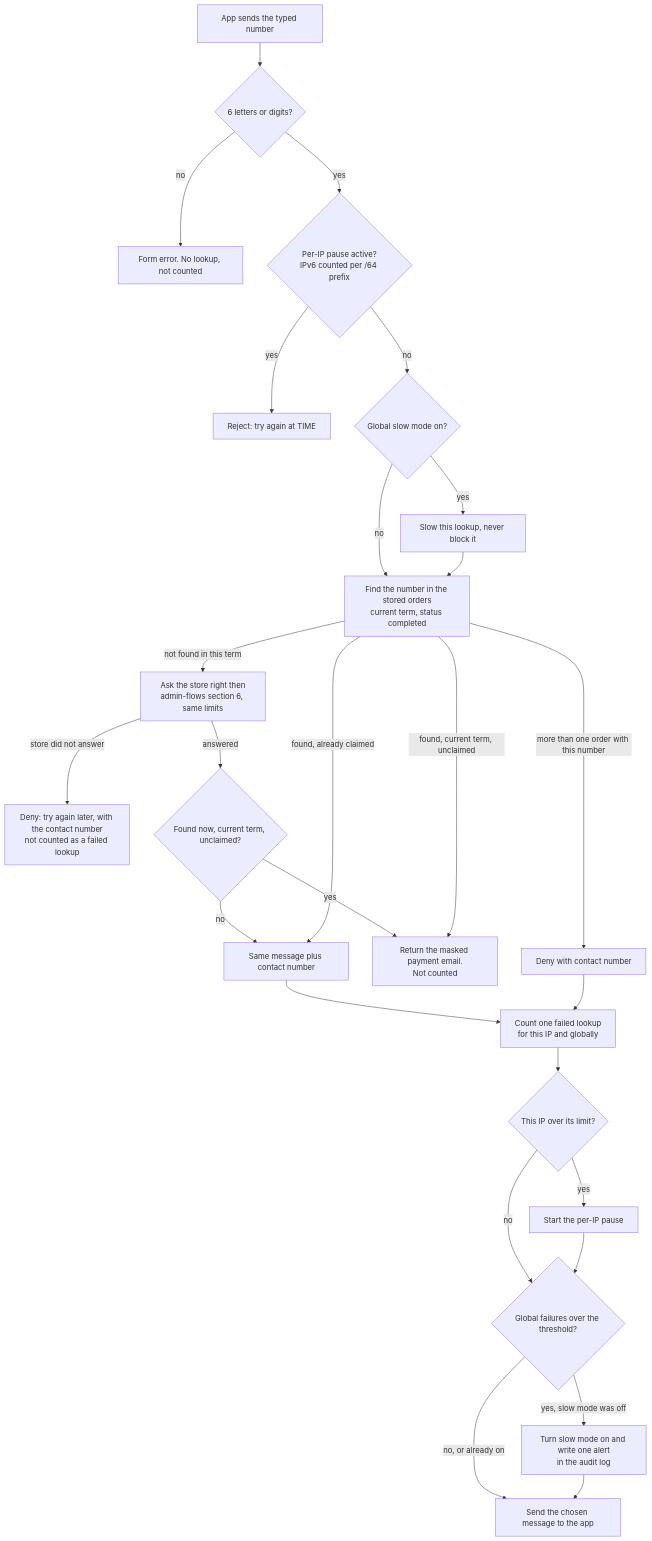
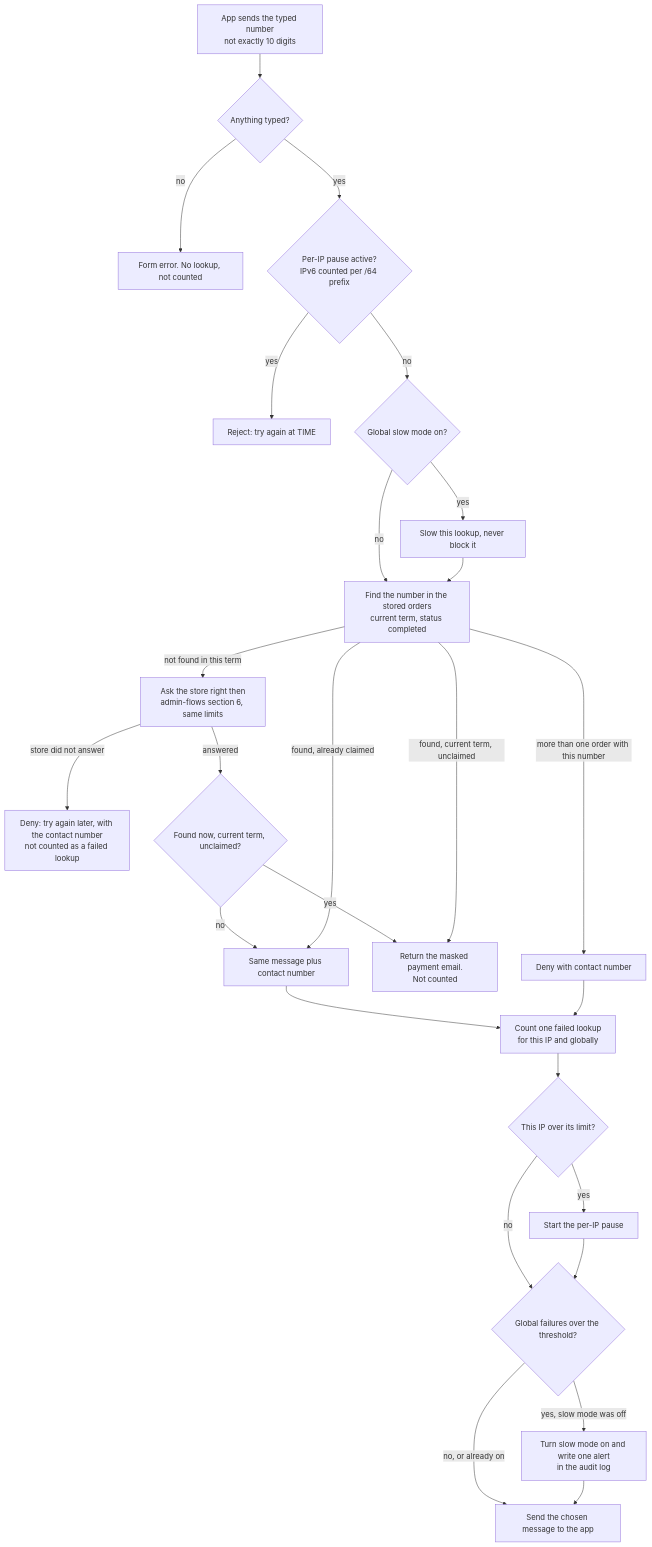
One commit to Th3-Minorities/natatorio-gym-app changed the second of 8 diagrams in docs/design/registration-flows.md. Above: the diagram before and after it, drawn with Mermaid. The commit also changed other lines of this file and 11 other files, not shown here.

Commit message:
Record E-153: one registration field where exactly 10 digits is a student number, and add the decision and issue rules to CLAUDE.md, so registration docs, factory data and team rules match

````diff
--- a/docs/design/registration-flows.md
+++ b/docs/design/registration-flows.md
@@ -55,28 +57,28 @@
 ```mermaid
 flowchart TD
-  IN["App sends the typed number"] --> FMT{"6 letters or digits?"}
+  IN["App sends the typed number<br/>not exactly 10 digits"] --> FMT{"Anything typed?"}
   FMT -->|"no"| X0["Form error. No lookup, not counted"]
   FMT -->|"yes"| IPP{"Per-IP pause active?<br/>IPv6 counted per /64 prefix"}
   IPP -->|"yes"| X1["Reject: try again at TIME"]
   IPP -->|"no"| SLOW{"Global slow mode on?"}
   SLOW -->|"yes"| WAIT["Slow this lookup, never block it"]
   SLOW -->|"no"| Q
   WAIT --> Q["Find the number in the stored orders<br/>current term, status completed"]
   Q -->|"not found in this term"| ASK["Ask the store right then<br/>admin-flows section 6, same limits"]
   ASK -->|"store did not answer"| SD["Deny: try again later, with the contact number<br/>not counted as a failed lookup"]
   ASK -->|"answered"| Q2{"Found now, current term, unclaimed?"}
   Q2 -->|"no"| FAIL["Same message plus contact number"]
   Q2 -->|"yes"| GOOD["Return the masked payment email.<br/>Not counted"]
   Q -->|"found, already claimed"| FAIL
   Q -->|"more than one order with this number"| DUP["Deny with contact number"]
   Q -->|"found, current term, unclaimed"| GOOD
   FAIL --> CNT["Count one failed lookup<br/>for this IP and globally"]
   DUP --> CNT
   CNT --> T1{"This IP over its limit?"}
   T1 -->|"yes"| P1["Start the per-IP pause"]
   T1 -->|"no"| T2
   P1 --> T2{"Global failures over the threshold?"}
   T2 -->|"yes, slow mode was off"| P2["Turn slow mode on and write one alert<br/>in the audit log"]
   T2 -->|"no, or already on"| RESP["Send the chosen message to the app"]
   P2 --> RESP
 ```
````
